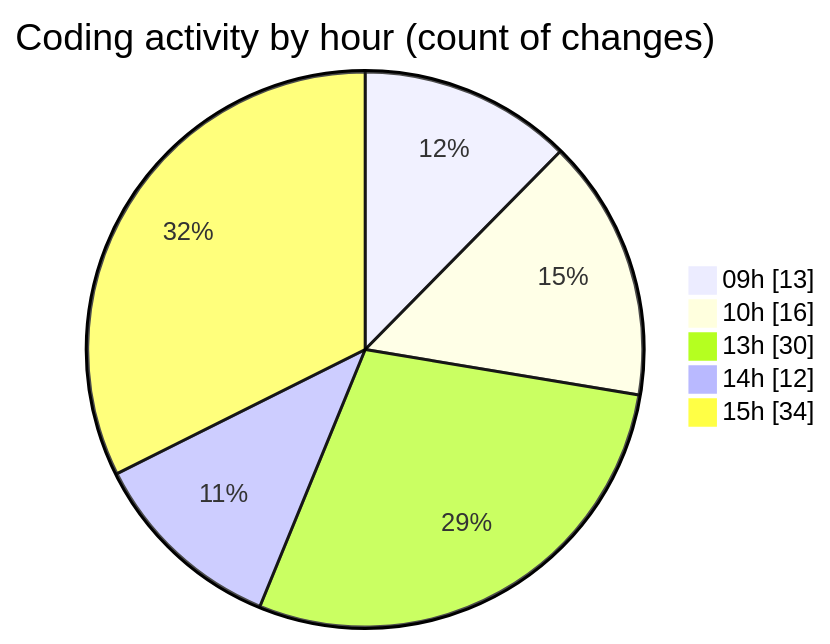
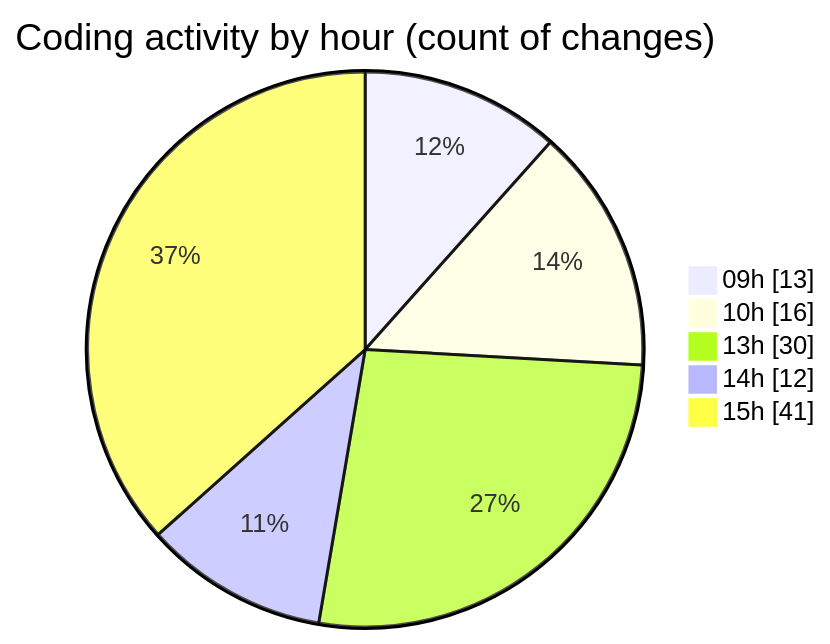
The second of 2 diagrams in 2025-03-31/cda/README.md (momahboobian/code-tracking), drawn with Mermaid before and after one commit. The commit also changed other lines of this file and 1 other file, not shown here.

````diff
--- a/2025-03-31/cda/README.md
+++ b/2025-03-31/cda/README.md
@@ -38,9 +38,9 @@
 ```mermaid
 pie showData
 title Coding activity by hour (count of changes)
 "09h" : 13
 "10h" : 16
 "13h" : 30
 "14h" : 12
-"15h" : 34
+"15h" : 41
 ```
````
